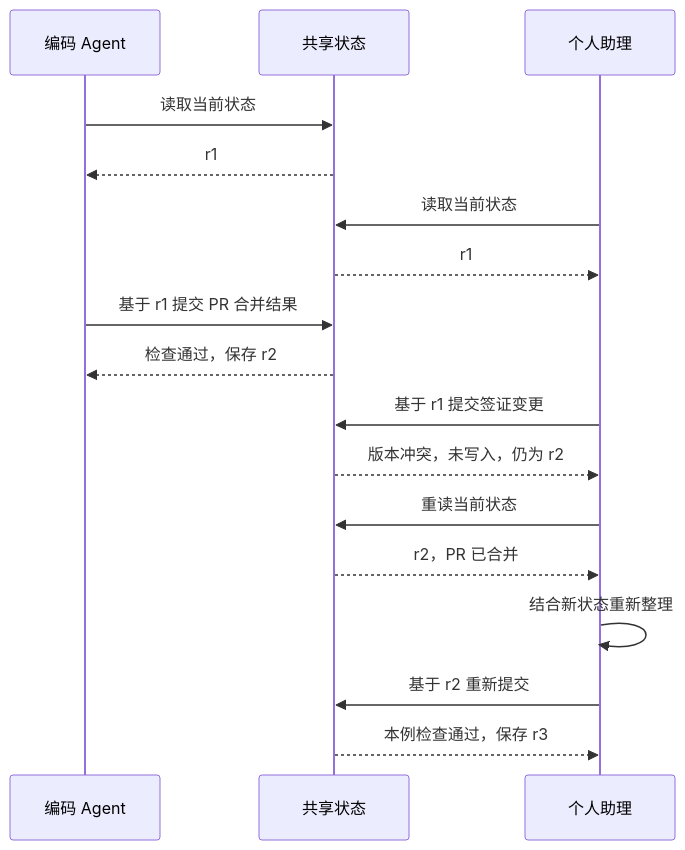
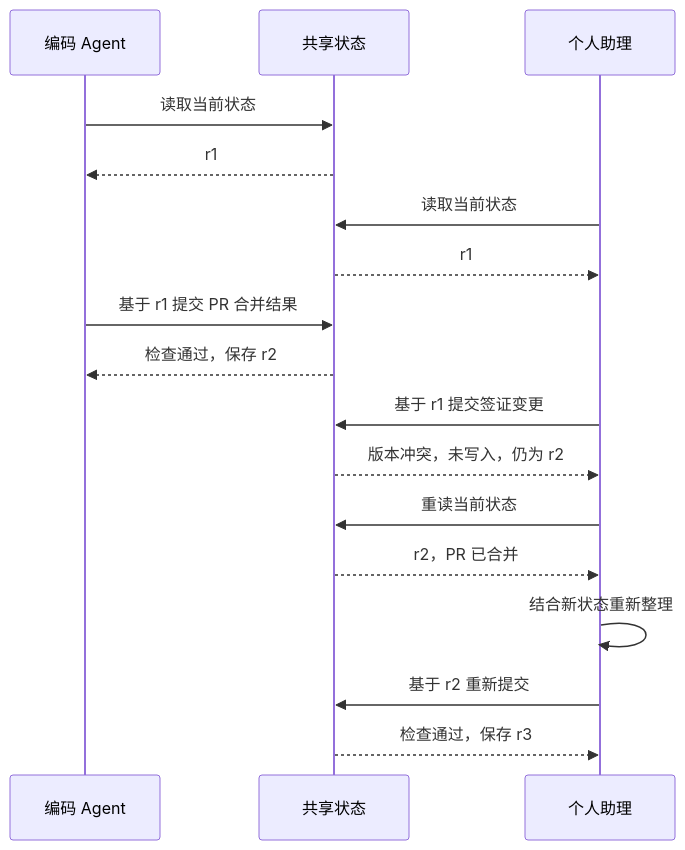
Before and after one commit to nemori-ai/fold-skill: the second of 2 diagrams in docs/user-stories.md, drawn with Mermaid. The commit also changed other lines of this file and 13 other files, not shown here.

````diff
--- a/docs/user-stories.md
+++ b/docs/user-stories.md
@@ -165,19 +154,19 @@
 ```mermaid
 sequenceDiagram
   participant C as 编码 Agent
   participant S as 共享状态
   participant P as 个人助理
   C->>S: 读取当前状态
   S-->>C: r1
   P->>S: 读取当前状态
   S-->>P: r1
   C->>S: 基于 r1 提交 PR 合并结果
   S-->>C: 检查通过，保存 r2
   P->>S: 基于 r1 提交签证变更
   S-->>P: 版本冲突，未写入，仍为 r2
   P->>S: 重读当前状态
   S-->>P: r2，PR 已合并
   P->>P: 结合新状态重新整理
   P->>S: 基于 r2 重新提交
-  S-->>P: 本例检查通过，保存 r3
+  S-->>P: 检查通过，保存 r3
 ```
````
